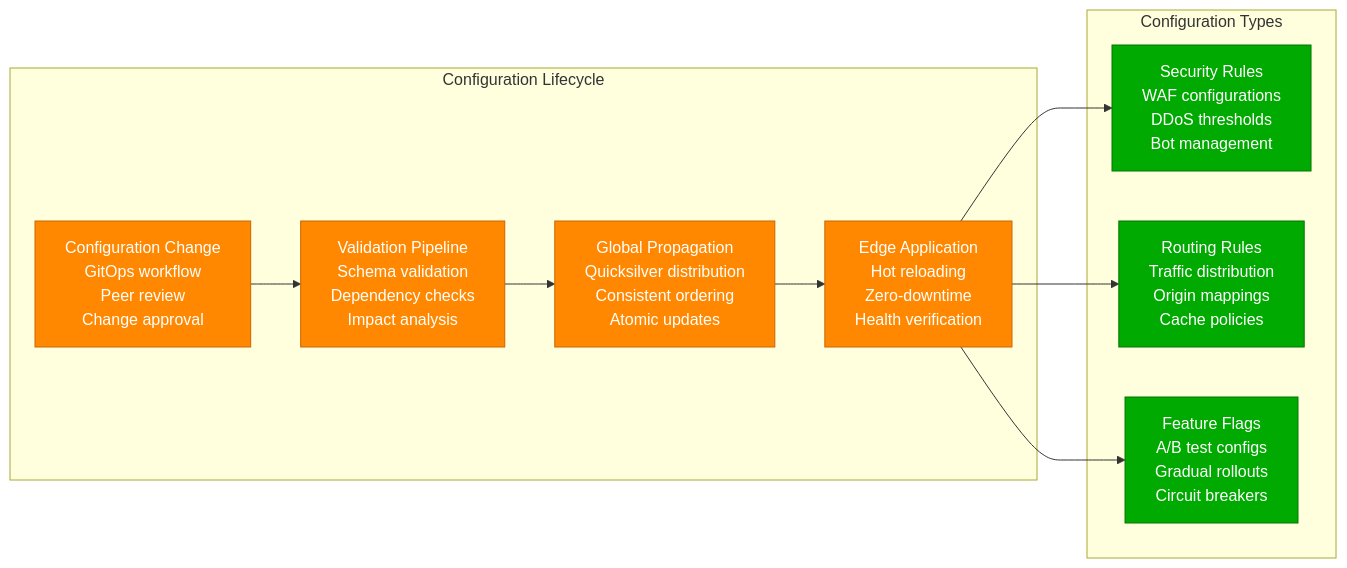
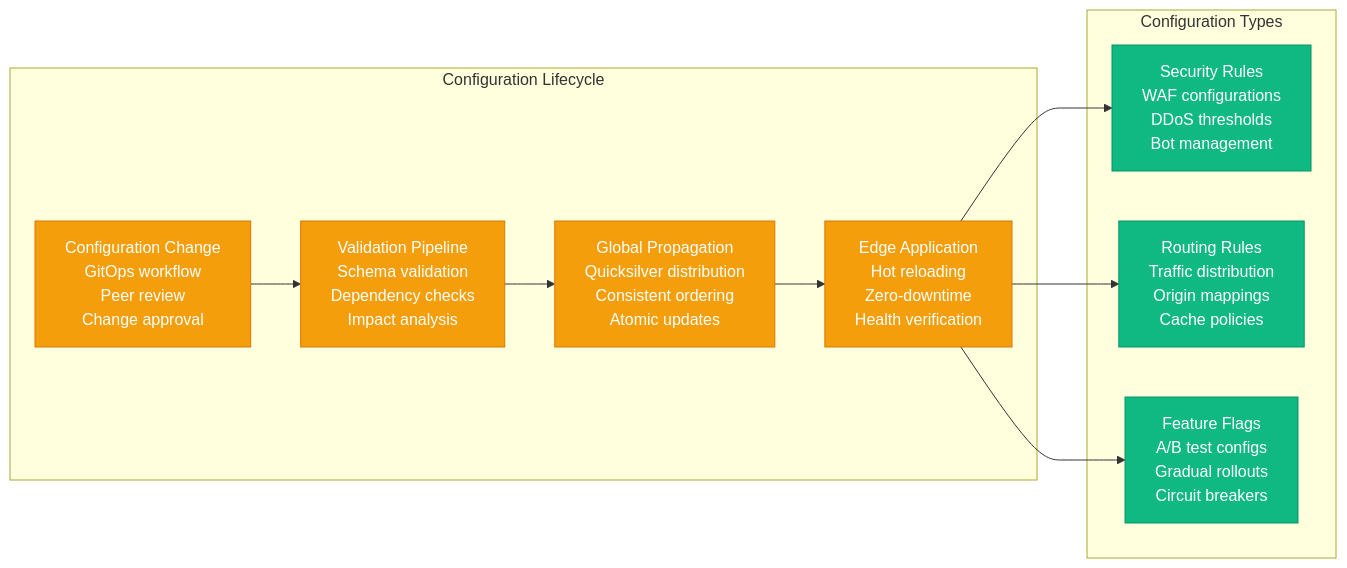
Before and after one commit to deepaucksharma/DS: the third of 8 diagrams in site/docs/systems/cloudflare/production-operations.md, drawn with Mermaid. The commit also changed other lines of this file and 303 other files, not shown here.

````diff
--- a/site/docs/systems/cloudflare/production-operations.md
+++ b/site/docs/systems/cloudflare/production-operations.md
@@ -157,36 +157,36 @@
 ```mermaid
 graph LR
     subgraph "Configuration Lifecycle"
         CONFIG_CHANGE[Configuration Change<br/>GitOps workflow<br/>Peer review<br/>Change approval]
 
         VALIDATION[Validation Pipeline<br/>Schema validation<br/>Dependency checks<br/>Impact analysis]
 
         PROPAGATION[Global Propagation<br/>Quicksilver distribution<br/>Consistent ordering<br/>Atomic updates]
 
         APPLICATION[Edge Application<br/>Hot reloading<br/>Zero-downtime<br/>Health verification]
     end
 
     CONFIG_CHANGE --> VALIDATION
     VALIDATION --> PROPAGATION
     PROPAGATION --> APPLICATION
 
     %% Configuration types
     subgraph "Configuration Types"
         SECURITY[Security Rules<br/>WAF configurations<br/>DDoS thresholds<br/>Bot management]
 
         ROUTING[Routing Rules<br/>Traffic distribution<br/>Origin mappings<br/>Cache policies]
 
         FEATURES[Feature Flags<br/>A/B test configs<br/>Gradual rollouts<br/>Circuit breakers]
     end
 
     APPLICATION --> SECURITY
     APPLICATION --> ROUTING
     APPLICATION --> FEATURES
 
     %% Apply config colors
-    classDef configStyle fill:#FF8800,stroke:#CC6600,color:#fff
-    classDef typeStyle fill:#00AA00,stroke:#007700,color:#fff
+    classDef configStyle fill:#F59E0B,stroke:#D97706,color:#fff
+    classDef typeStyle fill:#10B981,stroke:#059669,color:#fff
 
     class CONFIG_CHANGE,VALIDATION,PROPAGATION,APPLICATION configStyle
     class SECURITY,ROUTING,FEATURES typeStyle
 ```
````
